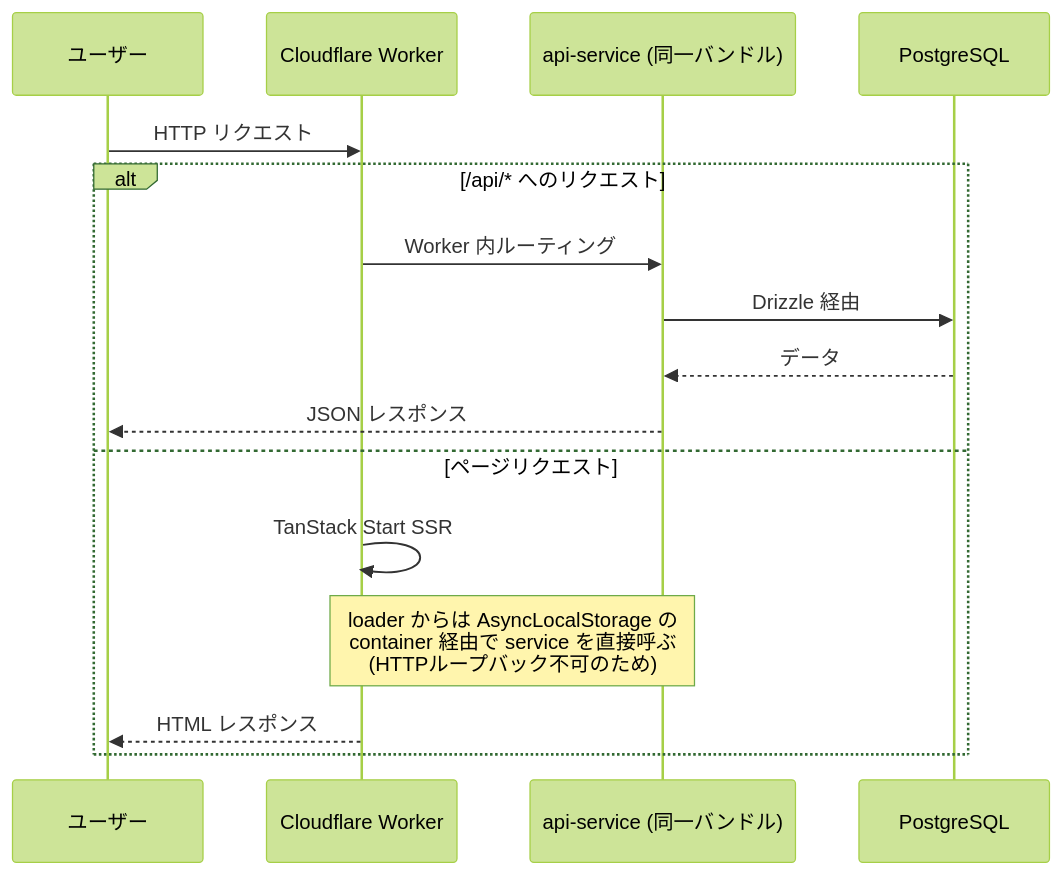
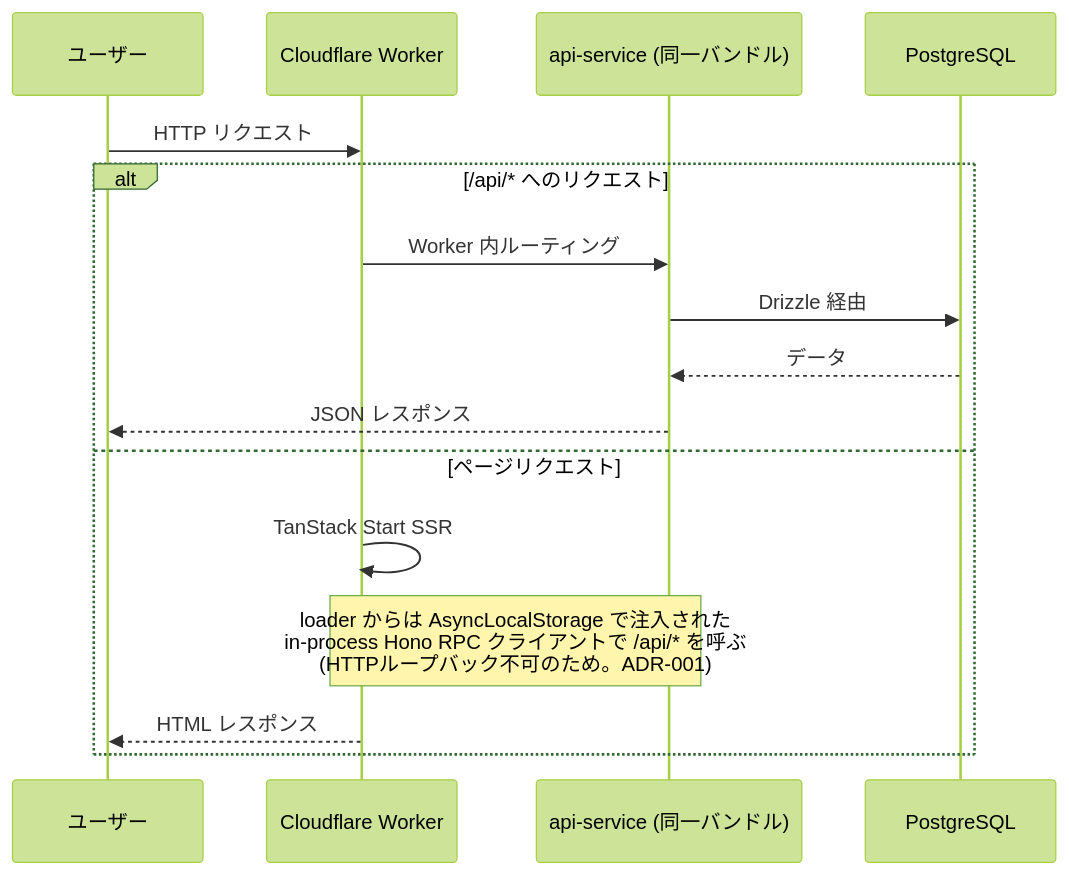
Before and after one commit to revedge-jp/fullstack-hono-tanstack-template: the third of 3 diagrams in docs/architecture/architecture.md, drawn with Mermaid (forest theme). The commit also changed 8 other files, not shown here.

````diff
--- a/docs/architecture/architecture.md
+++ b/docs/architecture/architecture.md
@@ -96,19 +96,19 @@
 ```mermaid
 sequenceDiagram
     participant User as ユーザー
     participant Worker as Cloudflare Worker
     participant Hono as api-service (同一バンドル)
     participant DB as PostgreSQL
 
     User->>Worker: HTTP リクエスト
     alt /api/* へのリクエスト
         Worker->>Hono: Worker 内ルーティング
         Hono->>DB: Drizzle 経由
         DB-->>Hono: データ
         Hono-->>User: JSON レスポンス
     else ページリクエスト
         Worker->>Worker: TanStack Start SSR
-        Note over Worker,Hono: loader からは AsyncLocalStorage の<br/>container 経由で service を直接呼ぶ<br/>(HTTPループバック不可のため)
+        Note over Worker,Hono: loader からは AsyncLocalStorage で注入された<br/>in-process Hono RPC クライアントで /api/* を呼ぶ<br/>(HTTPループバック不可のため。ADR-001)
         Worker-->>User: HTML レスポンス
     end
 ```
````
